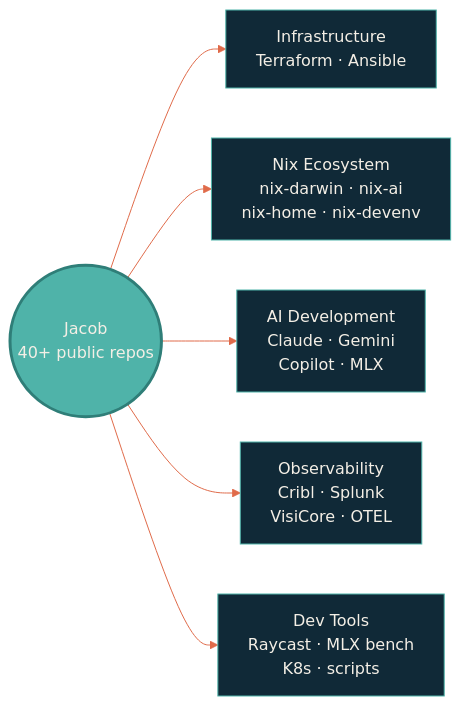
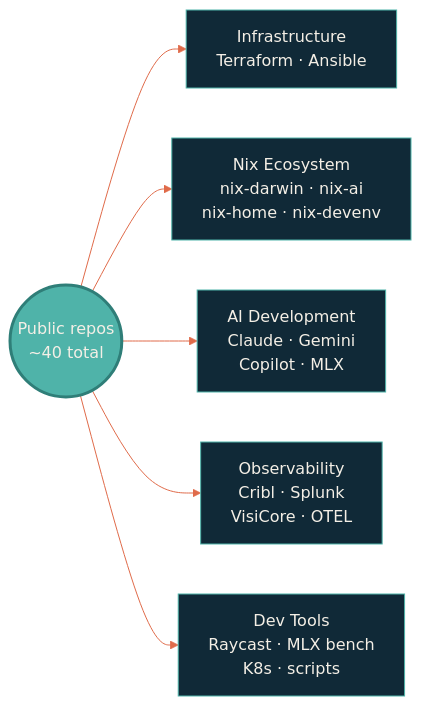
Before and after one commit to dryvist/docs: the diagram in introduction.mdx, drawn with Mermaid. The commit also changed 1 other file, not shown here.

Commit message:
fix: swap light/dark colors for WCAG contrast; depersonalize landing diagram
Two review-response changes:

- docs.json: swap `light` and `dark` color values so Deep Green (#2F7E78)
  is used in light mode (~3.91:1 contrast on Paper bg, vs Reef Green's
  failing 2.12:1) and Reef Green (#4FB3A9) is used in dark mode (~7.16:1
  contrast on Ink bg, vs Deep Green's 3.89:1). Resolves Gemini code
  review suggestion on this PR.

- introduction.mdx: rename the landing diagram hub node from `Jacob` to
  `Hub` with label "Public repos / ~40 total". The site is served from
  docs.jacobpevans.com so the identity is already established — no need
  to repeat it 7 times in the central diagram's node IDs and edges.

The full accessibility math (Mintlify uses `light`/`dark` as the color
shown in that mode, not the bg color):
  Reef Green on Paper:    2.12:1  fails WCAG AA
  Deep Green on Paper:    3.91:1  passes AA large only
  Reef Green on Ink:      7.16:1  passes AAA
  Deep Green on Ink:      3.89:1  passes AA large only

````diff
--- a/introduction.mdx
+++ b/introduction.mdx
@@ -12,23 +12,23 @@
 ```mermaid
 %%{init: {'theme':'base','themeVariables':{'primaryColor':'#4FB3A9','primaryTextColor':'#F4EFE6','primaryBorderColor':'#2F7E78','lineColor':'#E06B4A','secondaryColor':'#102937','tertiaryColor':'#0B1D2A','clusterBkg':'#102937','clusterBorder':'#2F7E78'}}}%%
 flowchart LR
-  Jacob(("Jacob<br/>40+ public repos"))
+  Hub(("Public repos<br/>~40 total"))
   Inf["Infrastructure<br/>Terraform · Ansible"]
   Nix["Nix Ecosystem<br/>nix-darwin · nix-ai<br/>nix-home · nix-devenv"]
   AI["AI Development<br/>Claude · Gemini<br/>Copilot · MLX"]
   Obs["Observability<br/>Cribl · Splunk<br/>VisiCore · OTEL"]
   Tools["Dev Tools<br/>Raycast · MLX bench<br/>K8s · scripts"]
 
-  Jacob --> Inf
-  Jacob --> Nix
-  Jacob --> AI
-  Jacob --> Obs
-  Jacob --> Tools
+  Hub --> Inf
+  Hub --> Nix
+  Hub --> AI
+  Hub --> Obs
+  Hub --> Tools
 
-  style Jacob fill:#4FB3A9,stroke:#2F7E78,stroke-width:3px,color:#F4EFE6
+  style Hub fill:#4FB3A9,stroke:#2F7E78,stroke-width:3px,color:#F4EFE6
   style Inf fill:#102937,stroke:#4FB3A9,color:#F4EFE6
   style Nix fill:#102937,stroke:#4FB3A9,color:#F4EFE6
   style AI fill:#102937,stroke:#4FB3A9,color:#F4EFE6
   style Obs fill:#102937,stroke:#4FB3A9,color:#F4EFE6
   style Tools fill:#102937,stroke:#4FB3A9,color:#F4EFE6
 ```
````
